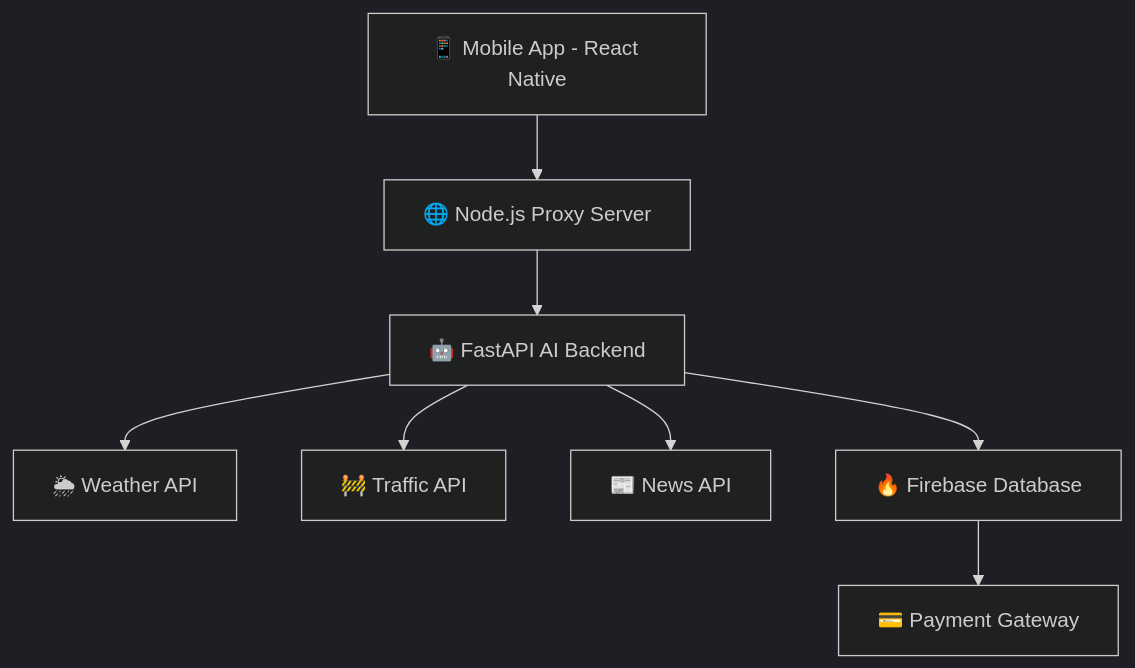
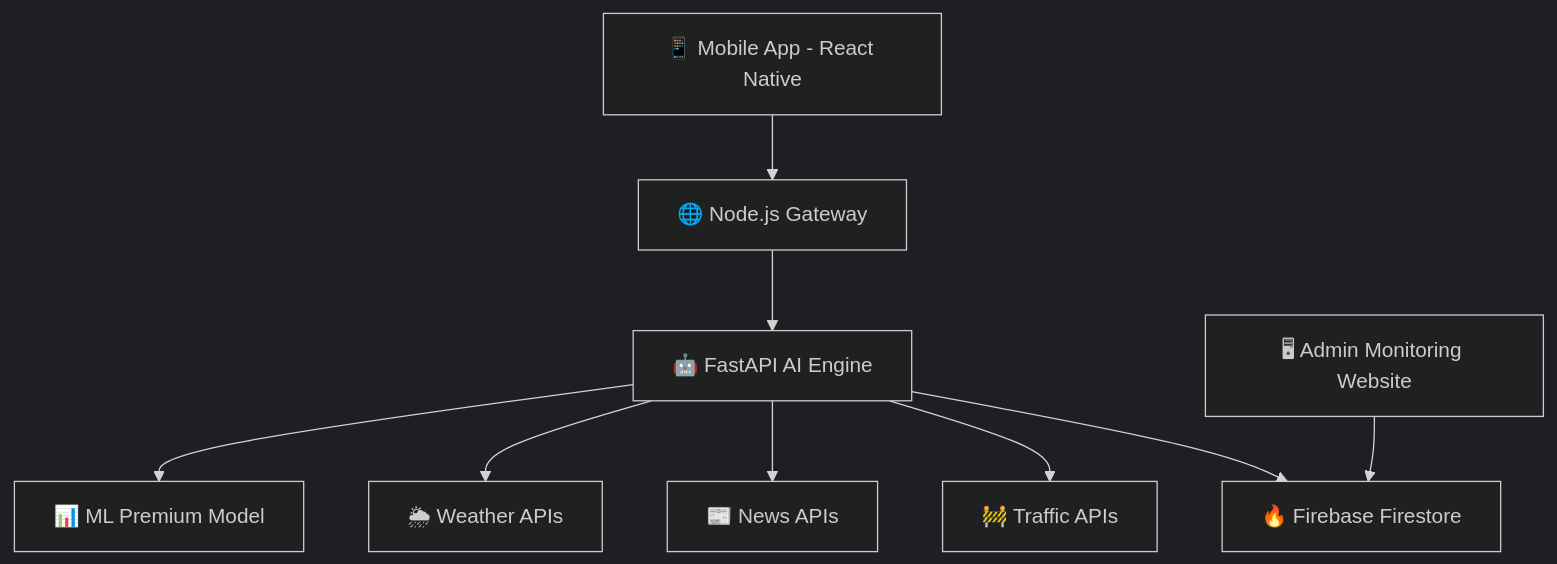
One commit to jashwanth-cse/SteadyPocket changed the first of 2 diagrams in README.md. Above: the diagram before and after it, drawn with Mermaid (dark theme). The commit also changed other lines of this file and 28 other files, not shown here.

````diff
--- a/README.md
+++ b/README.md
@@ -249,20 +419,22 @@
 ```mermaid
 graph TD
 
 A[📱 Mobile App - React Native]
-B[🌐 Node.js Proxy Server]
-C[🤖 FastAPI AI Backend]
-D[🌦 Weather API]
-E[🚧 Traffic API]
-F[📰 News API]
-G[🔥 Firebase Database]
-H[💳 Payment Gateway]
+B[🌐 Node.js Gateway]
+C[🤖 FastAPI AI Engine]
+D[📊 ML Premium Model]
+E[🔥 Firebase Firestore]
+F[🌦 Weather APIs]
+G[📰 News APIs]
+H[🚧 Traffic APIs]
+I[🖥 Admin Monitoring Website]
 
 A --> B
 B --> C
 C --> D
-C --> E
 C --> F
 C --> G
-G --> H
+C --> H
+C --> E
+I --> E
 ```
````
